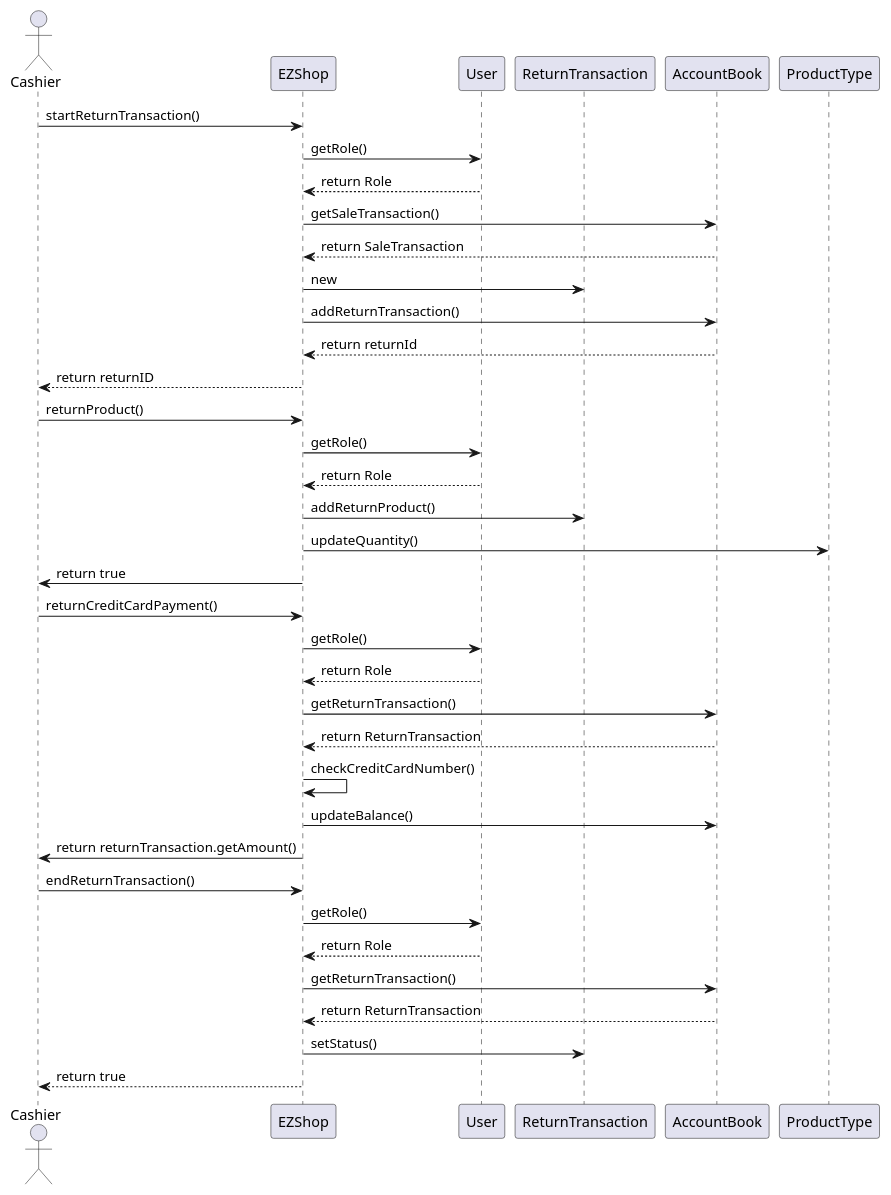
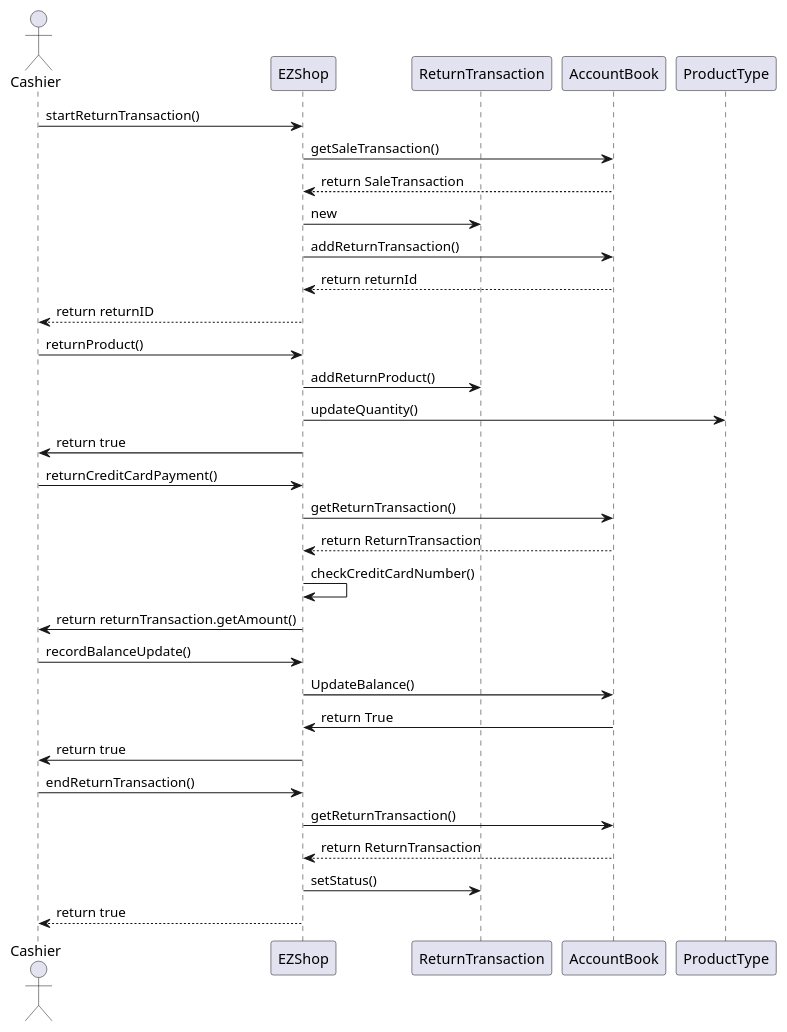
The ninth of 10 diagrams in Deliverables/DesignDocument.md (BMike10/EzShop), drawn with PlantUML before and after one commit. The commit also changed other lines of this file, not shown here.

````diff
--- a/Deliverables/DesignDocument.md
+++ b/Deliverables/DesignDocument.md
@@ -498,61 +502,54 @@
 ```plantuml
 @startuml
 actor "Cashier" as c
 participant EZShop as ezs
-participant User as u
 participant ReturnTransaction as rt
 participant AccountBook as ab
 participant ProductType as pt
 ' API call
 c -> ezs: startReturnTransaction()
-' role check
-ezs -> u:getRole()
-u --> ezs:return Role
+
 ' get associated sale 
 ezs -> ab: getSaleTransaction()
 ab --> ezs: return SaleTransaction
 ' init transaction
 ezs -> rt: new
 ' insert into account book
 ezs -> ab: addReturnTransaction()
 ab --> ezs: return returnId
 ' end
 ezs --> c: return returnID
 
 ' add products to return 
 c -> ezs: returnProduct()
-' role check
-ezs -> u:getRole()
-u --> ezs:return Role
 ' add product to return t
 ezs -> rt: addReturnProduct()
 ' update quantity available
 ezs -> pt: updateQuantity()
 ' end add product
 ezs -> c: return true
 
 ' credit card return
 c -> ezs: returnCreditCardPayment()
-' role check
-ezs -> u:getRole()
-u --> ezs:return Role
 ' get transaction and update balance
 ezs -> ab: getReturnTransaction()
 ab --> ezs: return ReturnTransaction
 ezs-> ezs: checkCreditCardNumber()
-ezs -> ab: updateBalance()
 ezs -> c: return returnTransaction.getAmount()
+
+'update of balance(succesfull)
+c -> ezs:recordBalanceUpdate()
+ezs -> ab:UpdateBalance()
+ab -> ezs:return True
+ezs -> c:return true
 
 ' close return transaction
 c -> ezs: endReturnTransaction()
-' role check
-ezs -> u:getRole()
-u --> ezs:return Role
 ' get and close transaction
 ezs -> ab: getReturnTransaction()
 ab --> ezs: return ReturnTransaction
 ezs -> rt: setStatus()
 ' end close return 
 ezs --> c: return true
 @enduml
 ```
````
